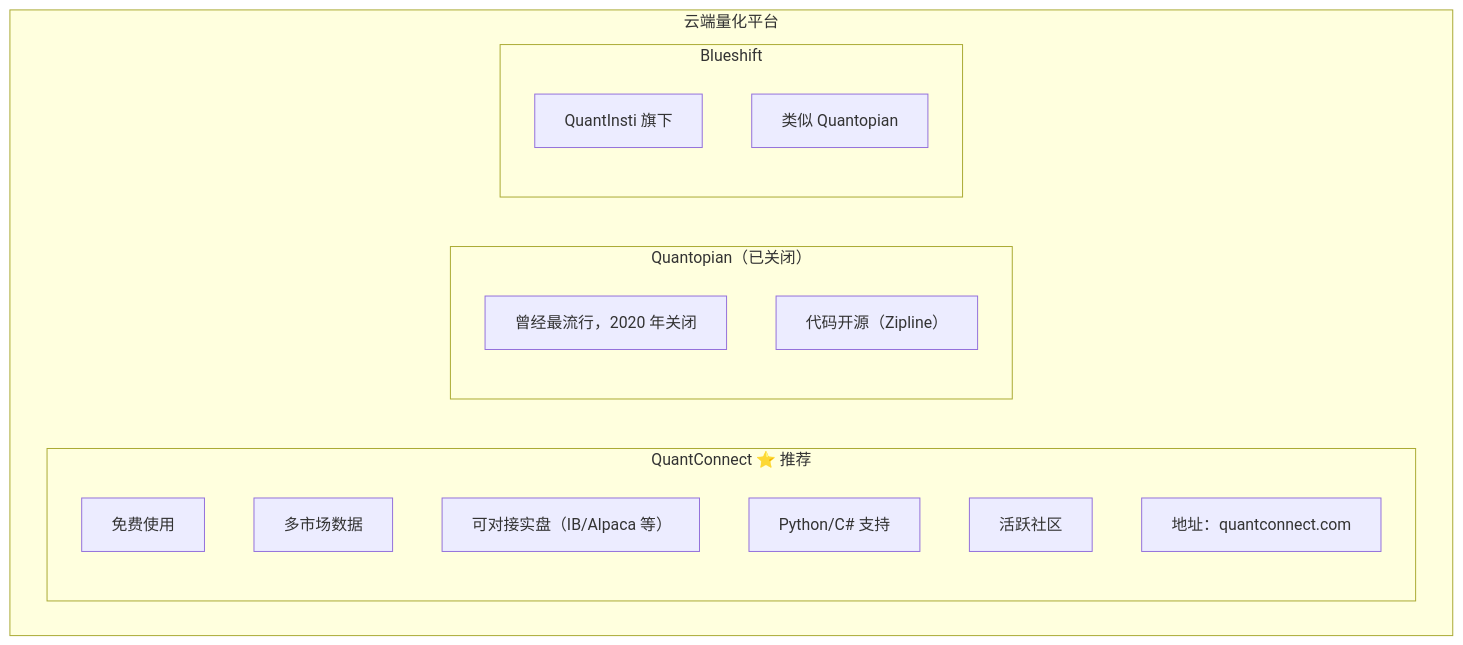
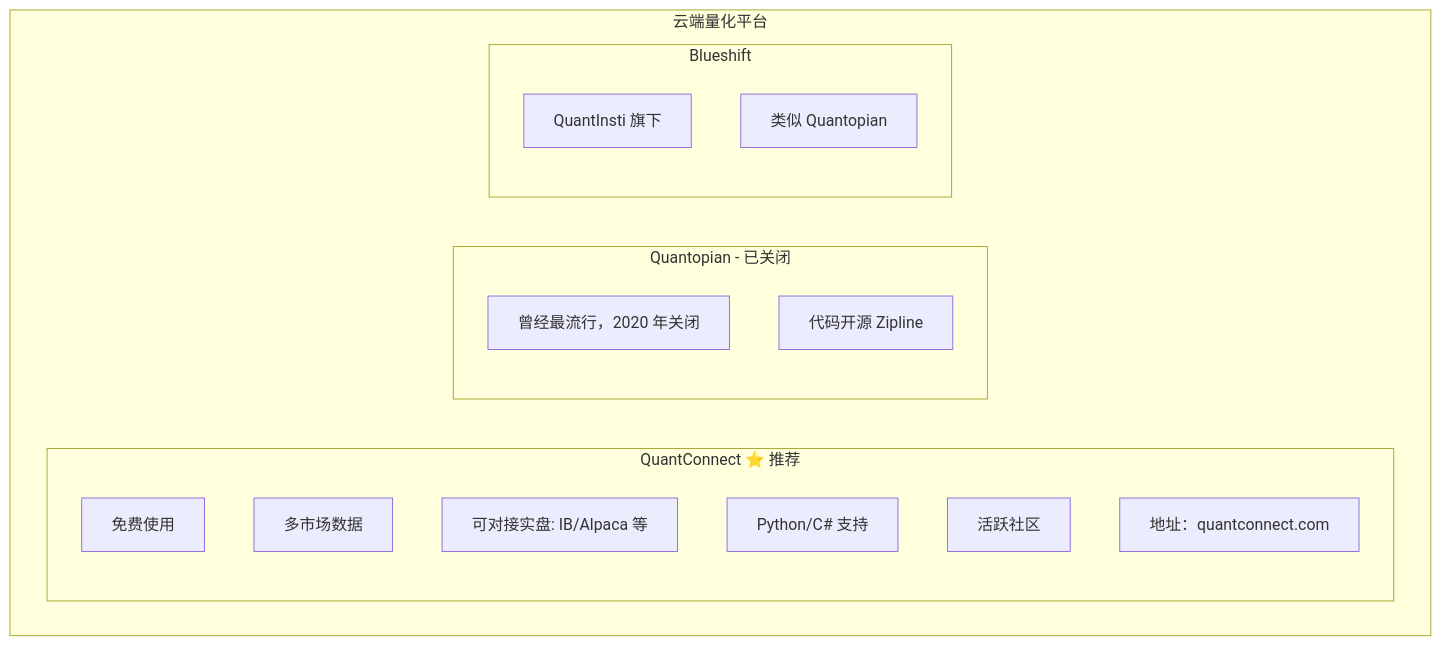
One commit to jpixy/jpixy.github.io changed the seventh of 13 diagrams in content/articles/quant/quant-04-全球量化交易接口与数据.md. Above: the diagram before and after it, drawn with Mermaid. The commit also changed other lines of this file and 66 other files, not shown here.

Commit message:
fix: resolve Mermaid syntax errors by removing parentheses in node labels

````diff
--- a/content/articles/quant/quant-04-全球量化交易接口与数据.md
+++ b/content/articles/quant/quant-04-全球量化交易接口与数据.md
@@ -317,21 +317,21 @@
 ```mermaid
 graph TB
     subgraph 云端平台["云端量化平台"]
         subgraph QC["QuantConnect ⭐ 推荐"]
             Q1["免费使用"]
             Q2["多市场数据"]
-            Q3["可对接实盘（IB/Alpaca 等）"]
+            Q3["可对接实盘: IB/Alpaca 等"]
             Q4["Python/C# 支持"]
             Q5["活跃社区"]
             Q6["地址：quantconnect.com"]
         end
-        subgraph QP["Quantopian（已关闭）"]
+        subgraph QP["Quantopian - 已关闭"]
             P1["曾经最流行，2020 年关闭"]
-            P2["代码开源（Zipline）"]
+            P2["代码开源 Zipline"]
         end
         subgraph BS["Blueshift"]
             B1["QuantInsti 旗下"]
             B2["类似 Quantopian"]
         end
     end
 ```
````
